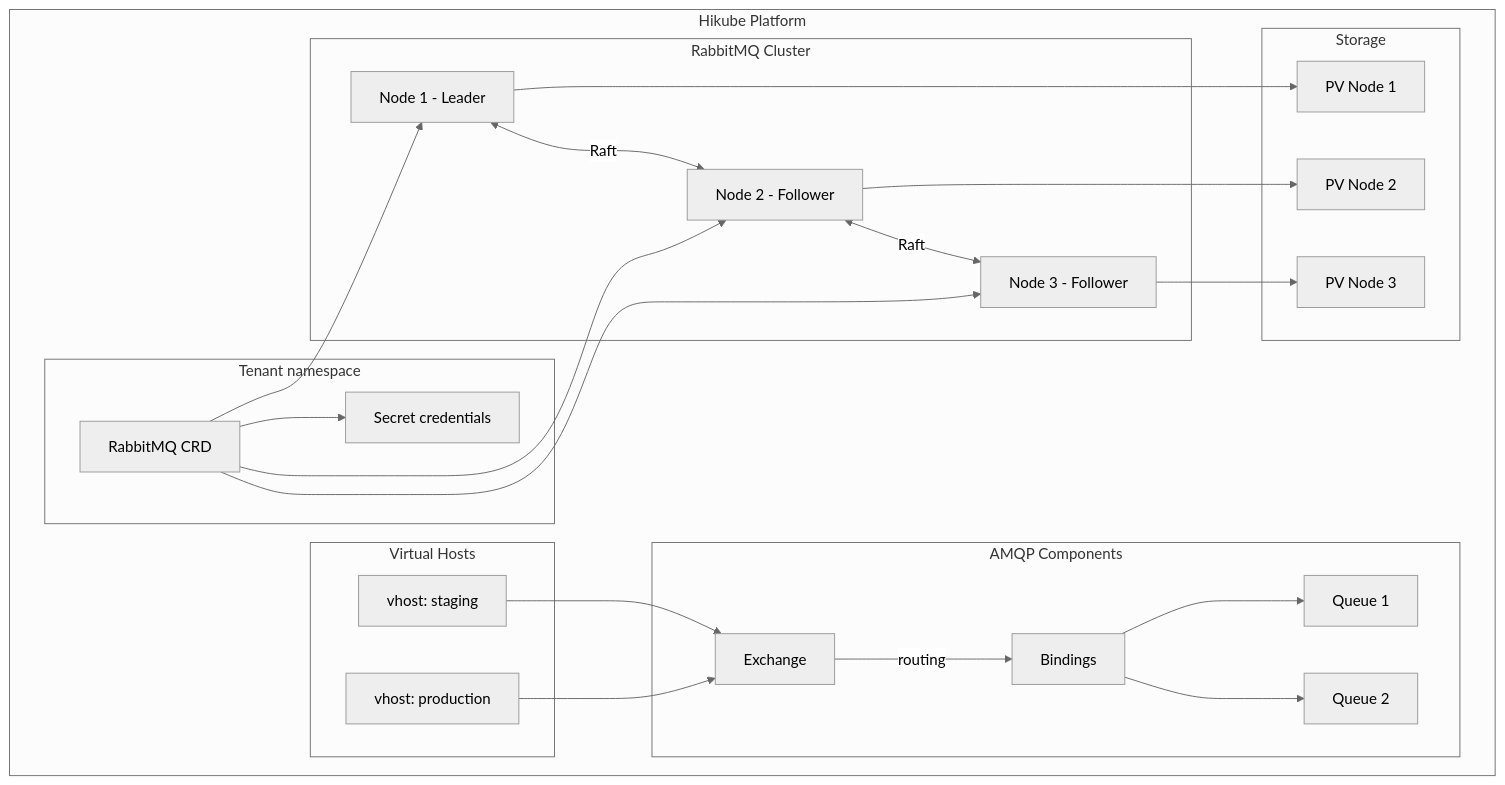
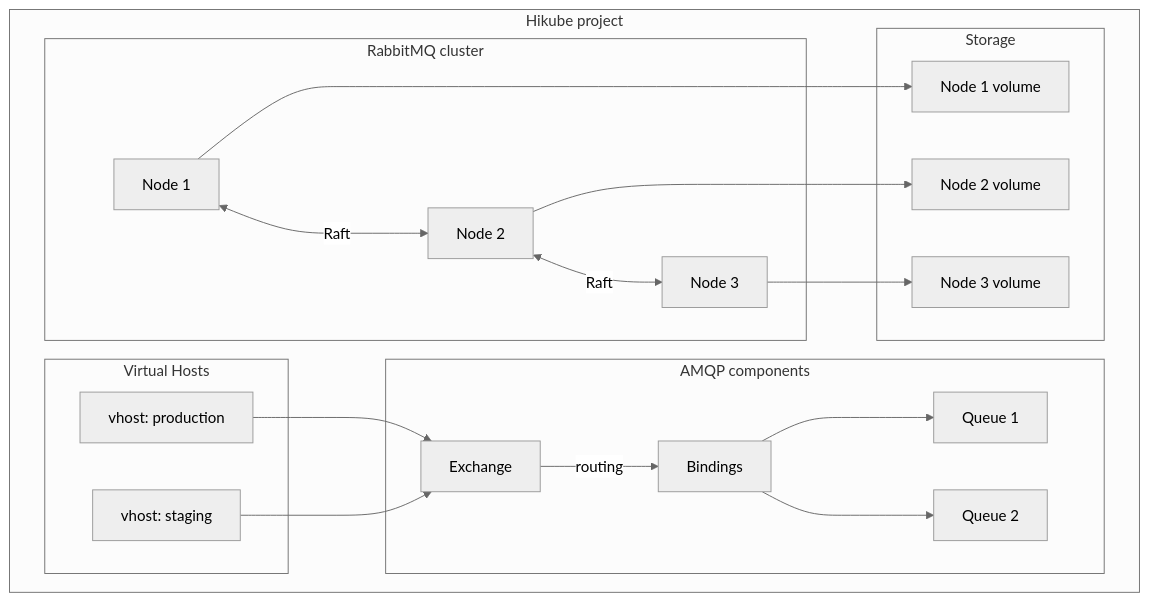
Before and after one commit to HidoraSwiss/hikube-public-doc: the first of 3 diagrams in i18n/en/docusaurus-plugin-content-docs/current/services/messaging/rabbitmq/concepts.md, drawn with Mermaid (neutral theme). The commit also changed other lines of this file and 148 other files, not shown here.

````diff
--- a/i18n/en/docusaurus-plugin-content-docs/current/services/messaging/rabbitmq/concepts.md
+++ b/i18n/en/docusaurus-plugin-content-docs/current/services/messaging/rabbitmq/concepts.md
@@ -12,48 +12,39 @@
 ```mermaid
 graph TB
-    subgraph "Hikube Platform"
-        subgraph "Tenant namespace"
-            CR[RabbitMQ CRD]
-            SEC[Secret credentials]
+    subgraph "Hikube project"
+        subgraph "RabbitMQ cluster"
+            N1[Node 1]
+            N2[Node 2]
+            N3[Node 3]
         end
 
-        subgraph "RabbitMQ Cluster"
-            N1[Node 1 - Leader]
-            N2[Node 2 - Follower]
-            N3[Node 3 - Follower]
+        subgraph "Virtual Hosts"
+            VH1[vhost: production]
+            VH2[vhost: staging]
         end
 
-        subgraph "AMQP Components"
+        subgraph "AMQP components"
             EX[Exchange]
             Q1[Queue 1]
             Q2[Queue 2]
             B[Bindings]
         end
 
         subgraph "Storage"
-            PV1[PV Node 1]
-            PV2[PV Node 2]
-            PV3[PV Node 3]
-        end
-
-        subgraph "Virtual Hosts"
-            VH1[vhost: production]
-            VH2[vhost: staging]
+            PV1[Node 1 volume]
+            PV2[Node 2 volume]
+            PV3[Node 3 volume]
         end
     end
 
-    CR --> N1
-    CR --> N2
-    CR --> N3
     N1 <-->|Raft| N2
     N2 <-->|Raft| N3
     N1 --> PV1
     N2 --> PV2
     N3 --> PV3
+    VH1 --> EX
+    VH2 --> EX
     EX -->|routing| B
     B --> Q1
     B --> Q2
-    VH1 --> EX
-    VH2 --> EX
-    CR --> SEC
 ```
````
